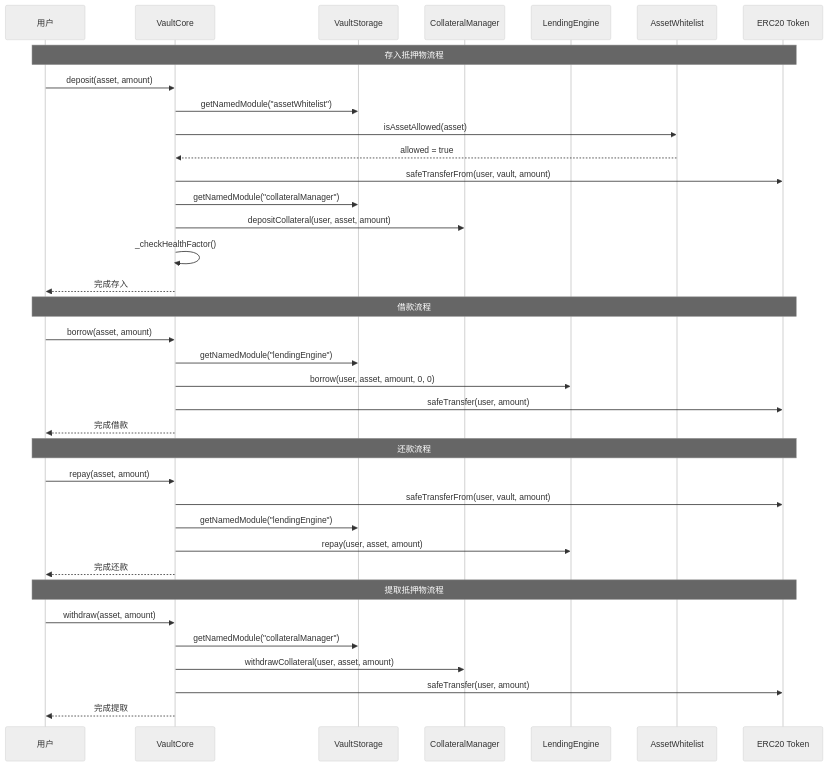
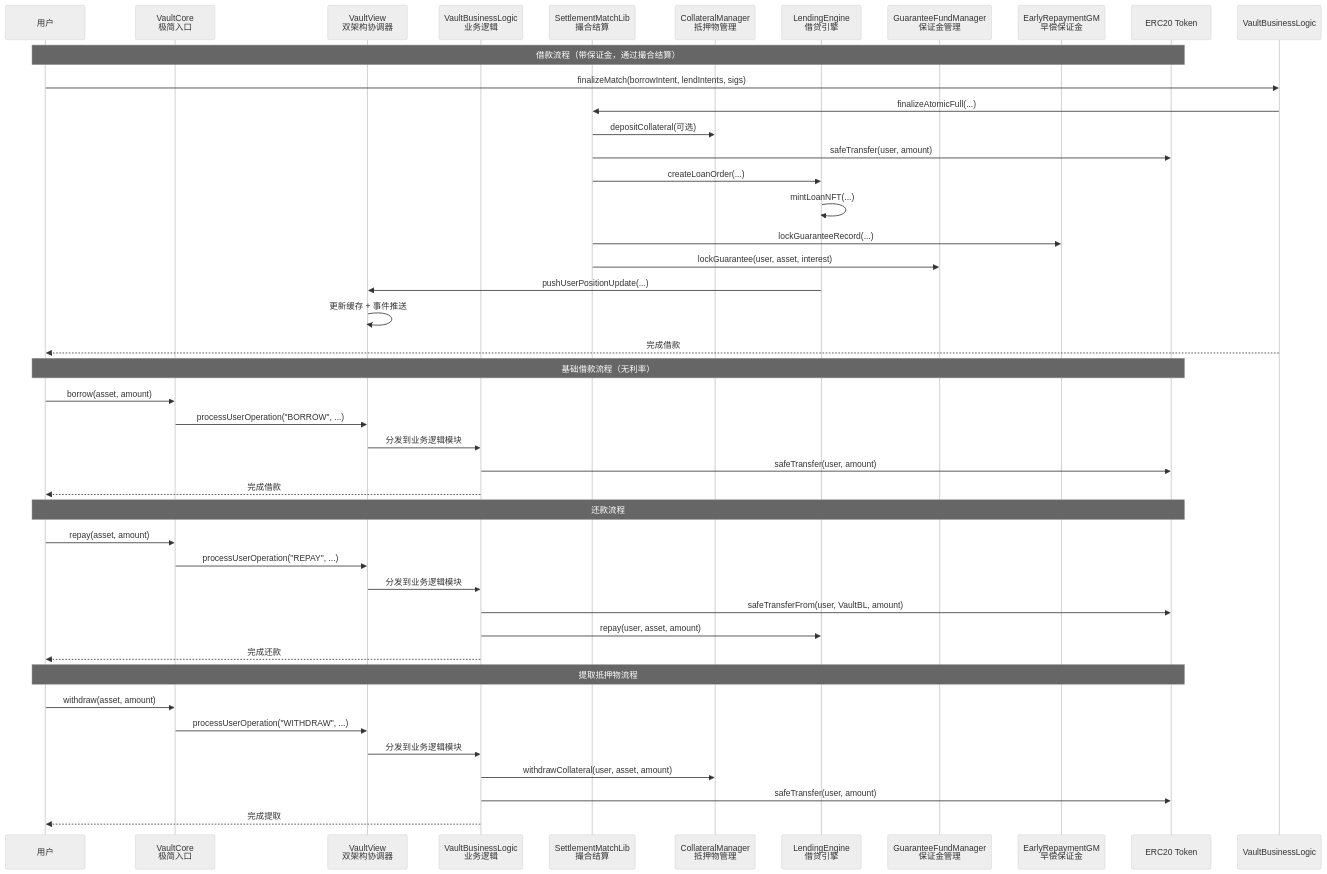
One commit to Anyawb/contracts changed the second of 4 diagrams in docs/PlatformLogic.md. Above: the diagram before and after it, drawn with Mermaid (neutral theme). The commit also changed other lines of this file and 562 other files, not shown here.

````diff
--- a/docs/PlatformLogic.md
+++ b/docs/PlatformLogic.md
@@ -582,42 +705,49 @@
 ```mermaid
 sequenceDiagram
     participant User as 用户
-    participant VaultCore as VaultCore
-    participant VaultStorage as VaultStorage
-    participant Manager as CollateralManager
-    participant Engine as LendingEngine
-    participant Whitelist as AssetWhitelist
+    participant VaultCore as VaultCore<br/>极简入口
+    participant VaultView as VaultView<br/>双架构协调器
+    participant VaultBL as VaultBusinessLogic<br/>业务逻辑
+    participant Settlement as SettlementMatchLib<br/>撮合结算
+    participant CM as CollateralManager<br/>抵押物管理
+    participant LE as LendingEngine<br/>借贷引擎
+    participant GFM as GuaranteeFundManager<br/>保证金管理
+    participant ERGM as EarlyRepaymentGM<br/>早偿保证金
     participant Token as ERC20 Token
 
-    Note over User,Token: 存入抵押物流程
-    User->>VaultCore: deposit(asset, amount)
-    VaultCore->>VaultStorage: getNamedModule("assetWhitelist")
-    VaultCore->>Whitelist: isAssetAllowed(asset)
-    Whitelist-->>VaultCore: allowed = true
-    VaultCore->>Token: safeTransferFrom(user, vault, amount)
-    VaultCore->>VaultStorage: getNamedModule("collateralManager")
-    VaultCore->>Manager: depositCollateral(user, asset, amount)
-    VaultCore->>VaultCore: _checkHealthFactor()
-    VaultCore-->>User: 完成存入
+    Note over User,Token: 借款流程（带保证金，通过撮合结算）
+    User->>VaultBusinessLogic: finalizeMatch(borrowIntent, lendIntents, sigs)
+    VaultBusinessLogic->>Settlement: finalizeAtomicFull(...)
+    Settlement->>CM: depositCollateral(可选)
+    Settlement->>Token: safeTransfer(user, amount)
+    Settlement->>LE: createLoanOrder(...)
+    LE->>LE: mintLoanNFT(...)
+    Settlement->>ERGM: lockGuaranteeRecord(...)
+    Settlement->>GFM: lockGuarantee(user, asset, interest)
+    LE->>VaultView: pushUserPositionUpdate(...)
+    VaultView->>VaultView: 更新缓存 + 事件推送
+    VaultBusinessLogic-->>User: 完成借款
 
-    Note over User,Token: 借款流程
+    Note over User,Token: 基础借款流程（无利率）
     User->>VaultCore: borrow(asset, amount)
-    VaultCore->>VaultStorage: getNamedModule("lendingEngine")
-    VaultCore->>Engine: borrow(user, asset, amount, 0, 0)
-    VaultCore->>Token: safeTransfer(user, amount)
-    VaultCore-->>User: 完成借款
+    VaultCore->>VaultView: processUserOperation("BORROW", ...)
+    VaultView->>VaultBL: 分发到业务逻辑模块
+    VaultBL->>Token: safeTransfer(user, amount)
+    VaultBL-->>User: 完成借款
 
     Note over User,Token: 还款流程
     User->>VaultCore: repay(asset, amount)
-    VaultCore->>Token: safeTransferFrom(user, vault, amount)
-    VaultCore->>VaultStorage: getNamedModule("lendingEngine")
-    VaultCore->>Engine: repay(user, asset, amount)
-    VaultCore-->>User: 完成还款
+    VaultCore->>VaultView: processUserOperation("REPAY", ...)
+    VaultView->>VaultBL: 分发到业务逻辑模块
+    VaultBL->>Token: safeTransferFrom(user, VaultBL, amount)
+    VaultBL->>LE: repay(user, asset, amount)
+    VaultBL-->>User: 完成还款
 
     Note over User,Token: 提取抵押物流程
     User->>VaultCore: withdraw(asset, amount)
-    VaultCore->>VaultStorage: getNamedModule("collateralManager")
-    VaultCore->>Manager: withdrawCollateral(user, asset, amount)
-    VaultCore->>Token: safeTransfer(user, amount)
-    VaultCore-->>User: 完成提取
+    VaultCore->>VaultView: processUserOperation("WITHDRAW", ...)
+    VaultView->>VaultBL: 分发到业务逻辑模块
+    VaultBL->>CM: withdrawCollateral(user, asset, amount)
+    VaultBL->>Token: safeTransfer(user, amount)
+    VaultBL-->>User: 完成提取
 ```
````
